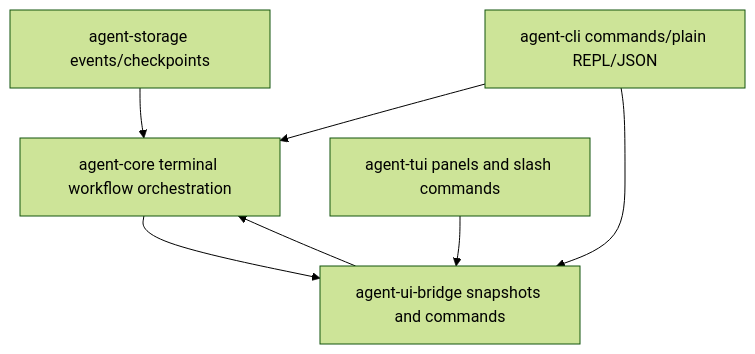
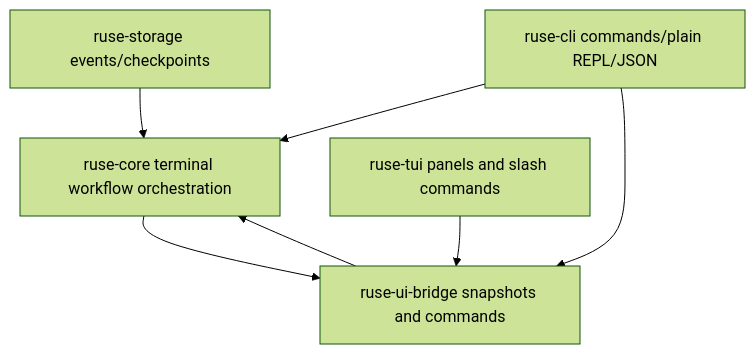
The diagram in docs/specs/M59-cli-tui-daily-driver.spec.md (poneding/agent), drawn with Mermaid (forest theme) before and after one commit. The commit also changed other lines of this file and 2091 other files, not shown here.

First line of the commit message:
refactor: rename agent branding to ruse

````diff
--- a/docs/specs/M59-cli-tui-daily-driver.spec.md
+++ b/docs/specs/M59-cli-tui-daily-driver.spec.md
@@ -38,9 +38,9 @@
 ```mermaid
 flowchart TD
-  Storage["agent-storage events/checkpoints"] --> Core["agent-core terminal workflow orchestration"]
-  Core --> Bridge["agent-ui-bridge snapshots and commands"]
-  CLI["agent-cli commands/plain REPL/JSON"] --> Core
+  Storage["ruse-storage events/checkpoints"] --> Core["ruse-core terminal workflow orchestration"]
+  Core --> Bridge["ruse-ui-bridge snapshots and commands"]
+  CLI["ruse-cli commands/plain REPL/JSON"] --> Core
   CLI --> Bridge
-  TUI["agent-tui panels and slash commands"] --> Bridge
+  TUI["ruse-tui panels and slash commands"] --> Bridge
   Bridge --> Core
 ```
````
